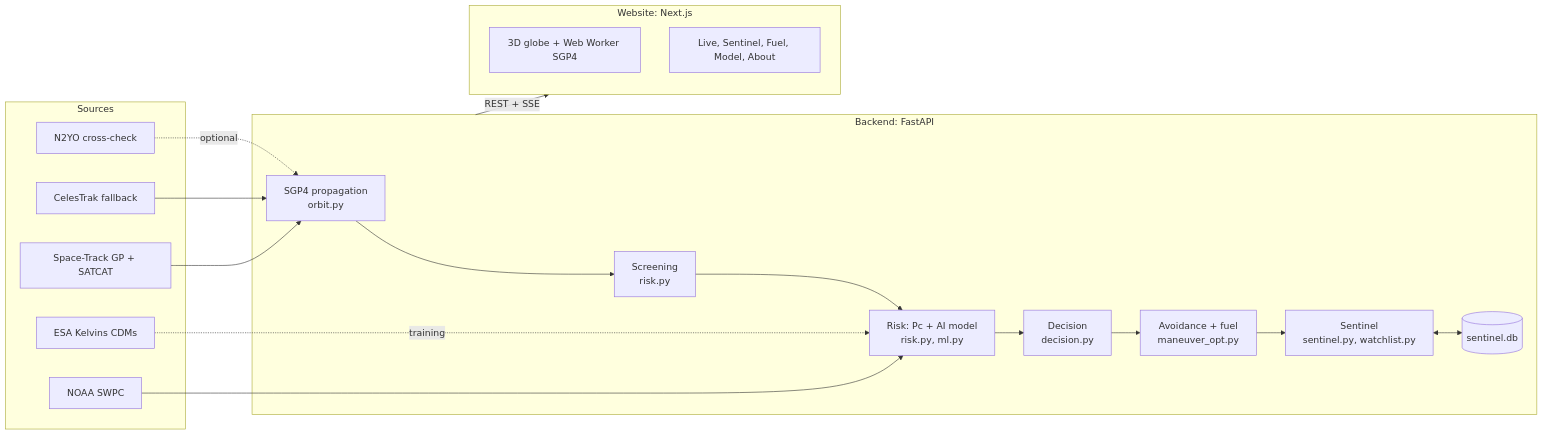
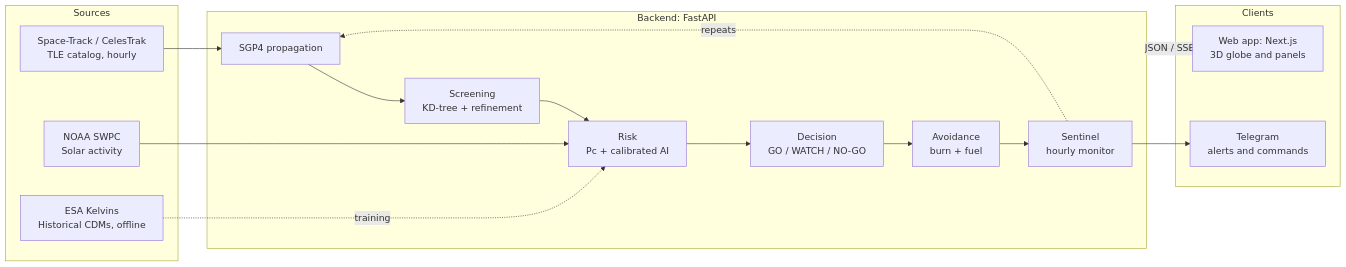
Before and after one commit to HackFest-2026/Team1B.7: the diagram in README.md, drawn with Mermaid. The commit also changed other lines of this file, not shown here.

````diff
--- a/README.md
+++ b/README.md
@@ -65,34 +82,28 @@
 ```mermaid
 flowchart LR
-  subgraph Sources
-    ST[Space-Track GP + SATCAT]
-    CT[CelesTrak fallback]
-    NOAA[NOAA SWPC]
-    ESA[ESA Kelvins CDMs]
-    N2YO[N2YO cross-check]
-  end
+    subgraph Sources
+        ST[Space-Track / CelesTrak<br/>TLE catalog, hourly]
+        NOAA[NOAA SWPC<br/>Solar activity]
+        ESA[ESA Kelvins<br/>Historical CDMs, offline]
+    end
 
-  subgraph Backend [Backend: FastAPI]
-    SGP4[SGP4 propagation<br/>orbit.py]
-    SCR[Screening<br/>risk.py]
-    RISK[Risk: Pc + AI model<br/>risk.py, ml.py]
-    DEC[Decision<br/>decision.py]
-    AVD[Avoidance + fuel<br/>maneuver_opt.py]
-    SEN[Sentinel<br/>sentinel.py, watchlist.py]
-    DB[(sentinel.db)]
-  end
+    subgraph Backend [Backend: FastAPI]
+        P[SGP4 propagation] --> S[Screening<br/>KD-tree + refinement]
+        S --> R[Risk<br/>Pc + calibrated AI]
+        R --> D[Decision<br/>GO / WATCH / NO-GO]
+        D --> A[Avoidance<br/>burn + fuel]
+        A --> SN[Sentinel<br/>hourly monitor]
+        SN -.repeats.-> P
+    end
 
-  subgraph Website [Website: Next.js]
-    GLOBE[3D globe + Web Worker SGP4]
-    TABS[Live, Sentinel, Fuel, Model, About]
-  end
+    subgraph Clients
+        W[Web app: Next.js<br/>3D globe and panels]
+        T[Telegram<br/>alerts and commands]
+    end
 
-  ST --> SGP4
-  CT --> SGP4
-  NOAA --> RISK
-  ESA -. training .-> RISK
-  N2YO -. optional .-> SGP4
-  SGP4 --> SCR --> RISK --> DEC --> AVD --> SEN
-  SEN <--> DB
-  Backend -- REST + SSE --> Website
+    ST --> P
+    NOAA --> R
+    ESA -. training .-> R
+    Backend -->|JSON / SSE| W
+    SN --> T
 ```
````
